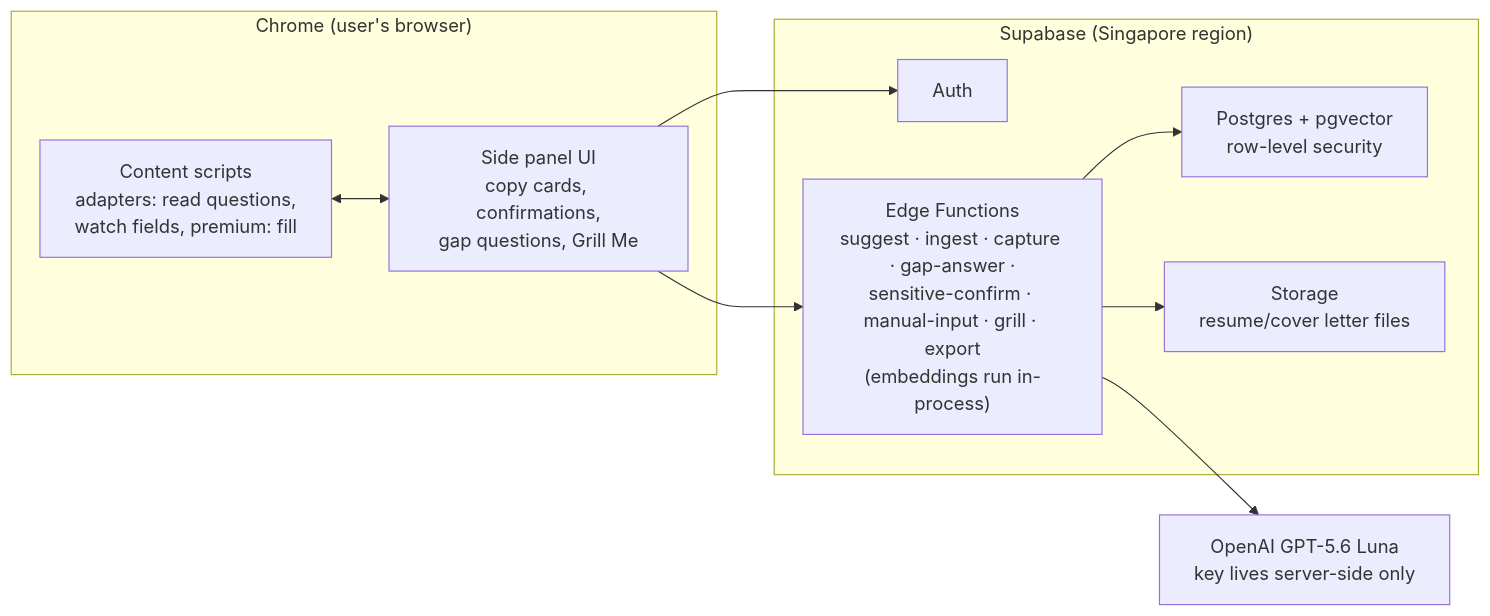
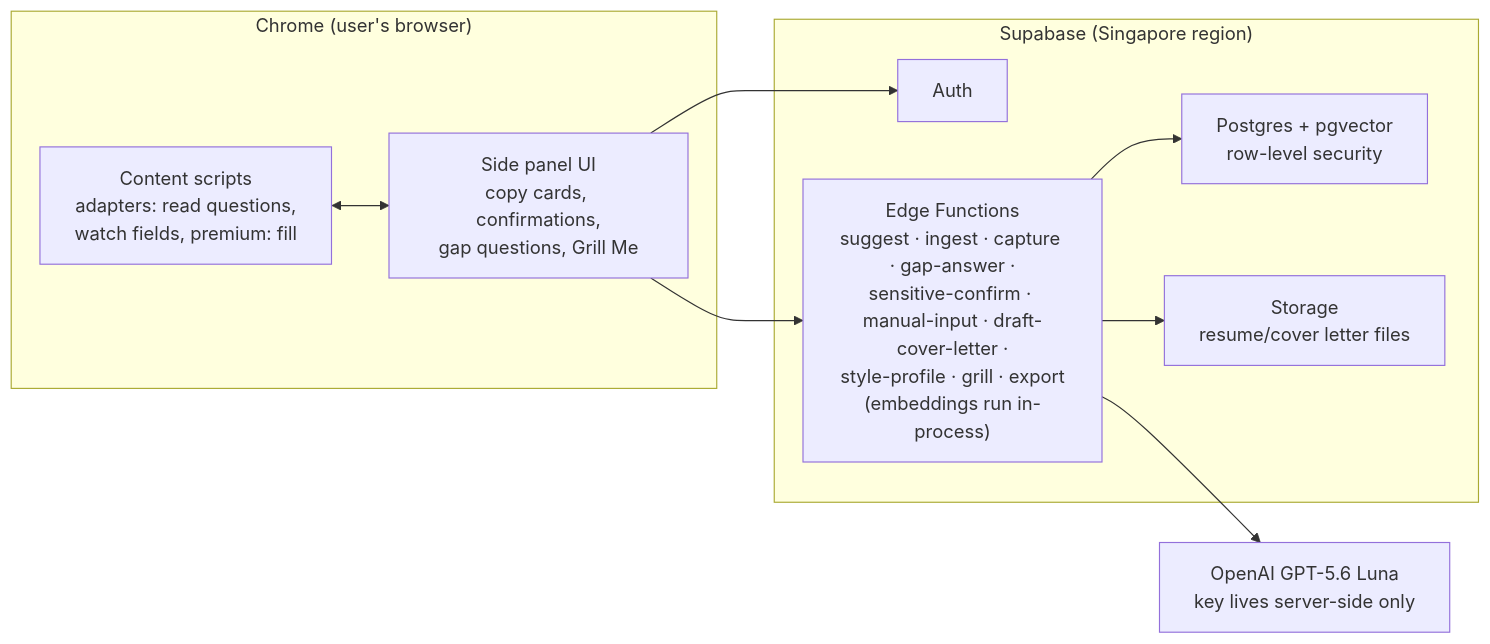
Before and after one commit to alvinleyble/jobibi: the diagram in docs/ARCHITECTURE.md, drawn with Mermaid. The commit also changed other lines of this file and 16 other files, not shown here.

````diff
--- a/docs/ARCHITECTURE.md
+++ b/docs/ARCHITECTURE.md
@@ -7,21 +7,21 @@
 ```mermaid
 flowchart LR
     subgraph Browser["Chrome (user's browser)"]
         CS["Content scripts<br/>adapters: read questions,<br/>watch fields, premium: fill"]
         SP["Side panel UI<br/>copy cards, confirmations,<br/>gap questions, Grill Me"]
     end
     subgraph Supabase["Supabase (Singapore region)"]
         AUTH["Auth"]
         DB["Postgres + pgvector<br/>row-level security"]
         STG["Storage<br/>resume/cover letter files"]
-        EF["Edge Functions<br/>suggest · ingest · capture · gap-answer ·<br/>sensitive-confirm · manual-input · grill · export<br/>(embeddings run in-process)"]
+        EF["Edge Functions<br/>suggest · ingest · capture · gap-answer ·<br/>sensitive-confirm · manual-input · draft-cover-letter ·<br/>style-profile · grill · export<br/>(embeddings run in-process)"]
     end
     LLM["OpenAI GPT-5.6 Luna<br/>key lives server-side only"]
 
     CS <--> SP
     SP --> EF
     EF --> DB
     EF --> STG
     EF --> LLM
     SP --> AUTH
 ```
````
